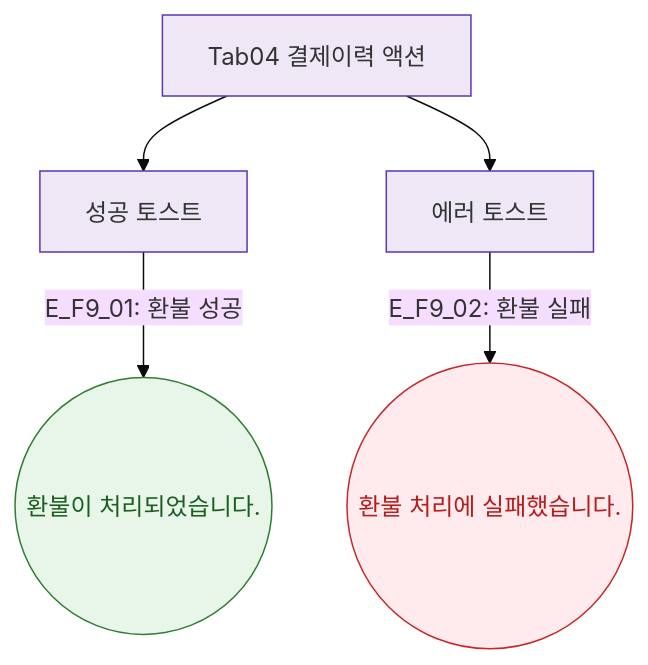
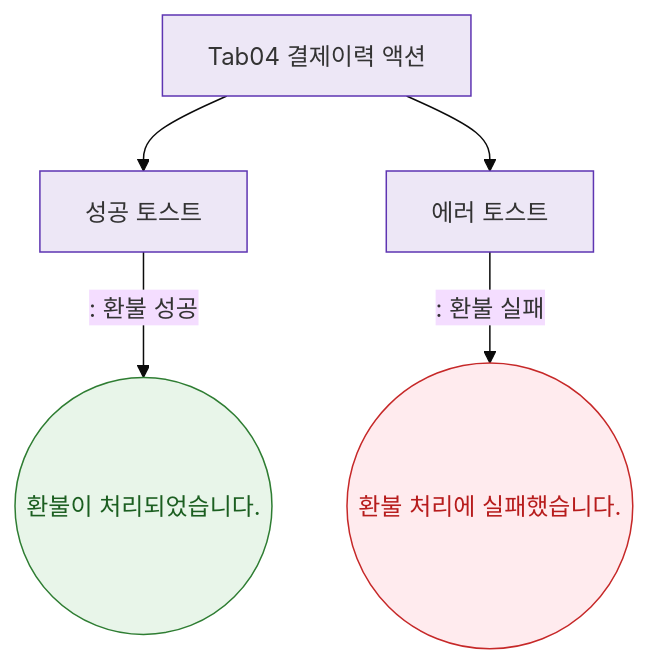
The diagram in docs/다이어그램/D02_회원관리/SCR-M004_회원상세/Tab04_결제이력/F9_토스트.md (dev-spogym/admin-pando), drawn with Mermaid (base theme) before and after one commit. The commit also changed other lines of this file and 1660 other files, not shown here.

First line of the commit message:
다이어그램: 기획자/클라이언트 납품본으로 정리

````diff
--- a/docs/다이어그램/D02_회원관리/SCR-M004_회원상세/Tab04_결제이력/F9_토스트.md
+++ b/docs/다이어그램/D02_회원관리/SCR-M004_회원상세/Tab04_결제이력/F9_토스트.md
@@ -22,15 +20,15 @@
 ```mermaid
 flowchart TD
   ACTIONS[Tab04 결제이력 액션] --> T_OK[성공 토스트]
   ACTIONS --> T_ERR[에러 토스트]
 
-  T_OK -->|"E_F9_01: 환불 성공"| TS1((환불이 처리되었습니다.))
-  T_ERR -->|"E_F9_02: 환불 실패"| TE1((환불 처리에 실패했습니다.))
+  T_OK -->|": 환불 성공"|TS1((환불이 처리되었습니다.))
+  T_ERR -->|": 환불 실패"|TE1((환불 처리에 실패했습니다.))
 
   classDef success fill:#E8F5E9,stroke:#2E7D32,color:#1B5E20
   classDef error fill:#FFEBEE,stroke:#C62828,color:#B71C1C
   classDef system fill:#EDE7F6,stroke:#5E35B2
   class TS1 success
   class TE1 error
   class ACTIONS,T_OK,T_ERR system
 ```
````
